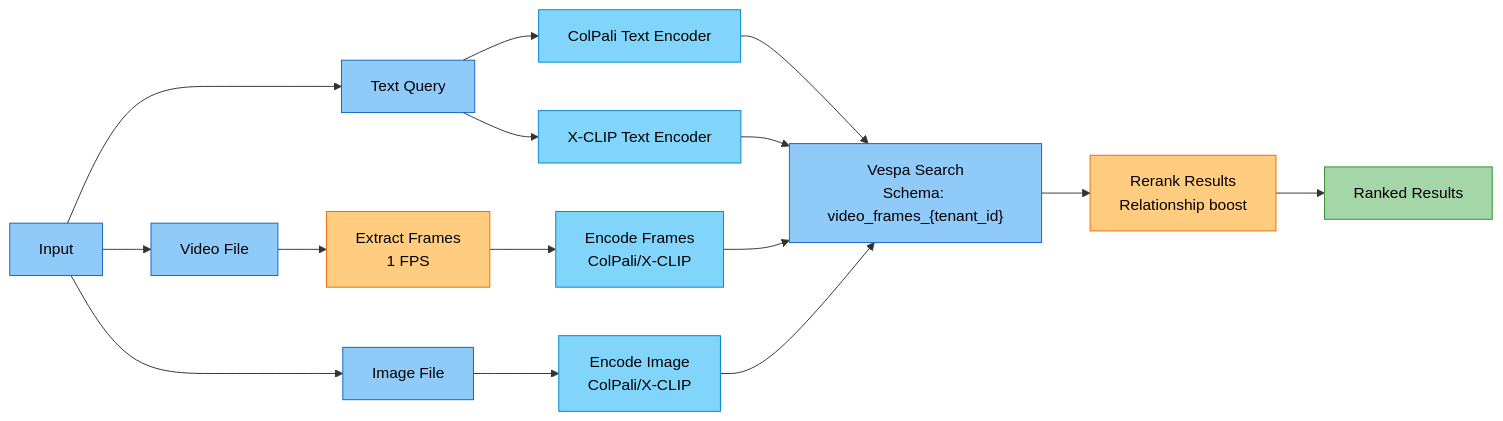
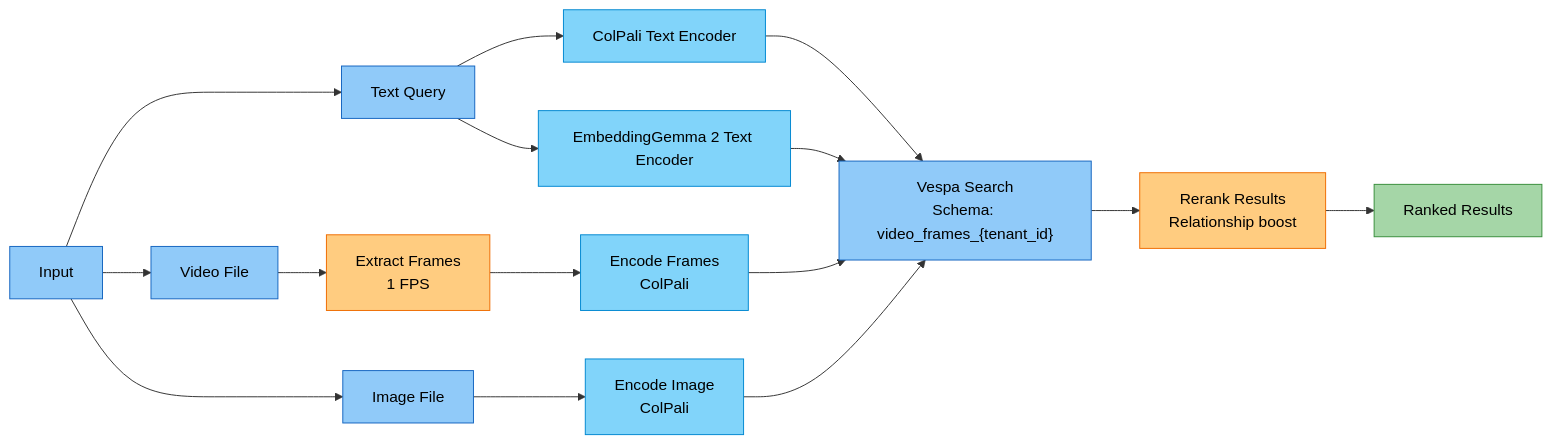
One commit to amit-jain/cogniverse changed the second of 18 diagrams in docs/modules/agents.md. Above: the diagram before and after it, drawn with Mermaid. The commit also changed other lines of this file and 161 other files, not shown here.

````diff
--- a/docs/modules/agents.md
+++ b/docs/modules/agents.md
@@ -256,35 +256,35 @@
 ```mermaid
 flowchart LR
     Input["<span style='color:#000'>Input</span>"] --> TextQuery["<span style='color:#000'>Text Query</span>"]
     Input --> VideoFile["<span style='color:#000'>Video File</span>"]
     Input --> ImageFile["<span style='color:#000'>Image File</span>"]
 
     TextQuery --> ColPaliEncode["<span style='color:#000'>ColPali Text Encoder</span>"]
-    TextQuery --> X-CLIPEncode["<span style='color:#000'>X-CLIP Text Encoder</span>"]
+    TextQuery --> EmbGemmaEncode["<span style='color:#000'>EmbeddingGemma 2 Text Encoder</span>"]
 
     VideoFile --> FrameExtract["<span style='color:#000'>Extract Frames<br/>1 FPS</span>"]
-    FrameExtract --> VideoEncode["<span style='color:#000'>Encode Frames<br/>ColPali/X-CLIP</span>"]
+    FrameExtract --> VideoEncode["<span style='color:#000'>Encode Frames<br/>ColPali</span>"]
 
-    ImageFile --> ImageEncode["<span style='color:#000'>Encode Image<br/>ColPali/X-CLIP</span>"]
+    ImageFile --> ImageEncode["<span style='color:#000'>Encode Image<br/>ColPali</span>"]
 
     ColPaliEncode --> VespaSearch["<span style='color:#000'>Vespa Search<br/>Schema: video_frames_{tenant_id}</span>"]
-    X-CLIPEncode --> VespaSearch
+    EmbGemmaEncode --> VespaSearch
     VideoEncode --> VespaSearch
     ImageEncode --> VespaSearch
 
     VespaSearch --> Rerank["<span style='color:#000'>Rerank Results<br/>Relationship boost</span>"]
     Rerank --> Results["<span style='color:#000'>Ranked Results</span>"]
 
     style Input fill:#90caf9,stroke:#1565c0,color:#000
     style TextQuery fill:#90caf9,stroke:#1565c0,color:#000
     style VideoFile fill:#90caf9,stroke:#1565c0,color:#000
     style ImageFile fill:#90caf9,stroke:#1565c0,color:#000
     style ColPaliEncode fill:#81d4fa,stroke:#0288d1,color:#000
-    style X-CLIPEncode fill:#81d4fa,stroke:#0288d1,color:#000
+    style EmbGemmaEncode fill:#81d4fa,stroke:#0288d1,color:#000
     style FrameExtract fill:#ffcc80,stroke:#ef6c00,color:#000
     style VideoEncode fill:#81d4fa,stroke:#0288d1,color:#000
     style ImageEncode fill:#81d4fa,stroke:#0288d1,color:#000
     style VespaSearch fill:#90caf9,stroke:#1565c0,color:#000
     style Rerank fill:#ffcc80,stroke:#ef6c00,color:#000
     style Results fill:#a5d6a7,stroke:#388e3c,color:#000
 ```
````
